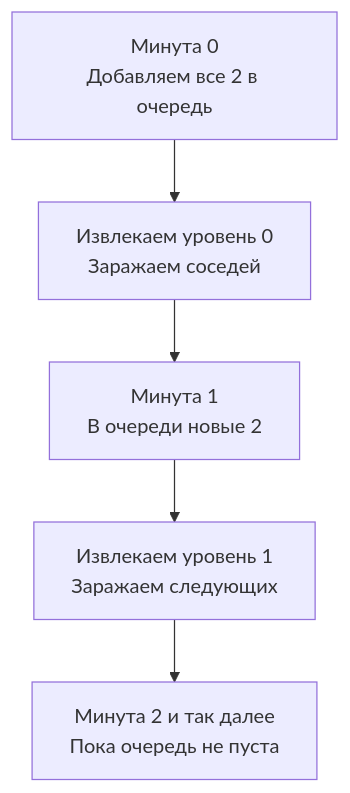
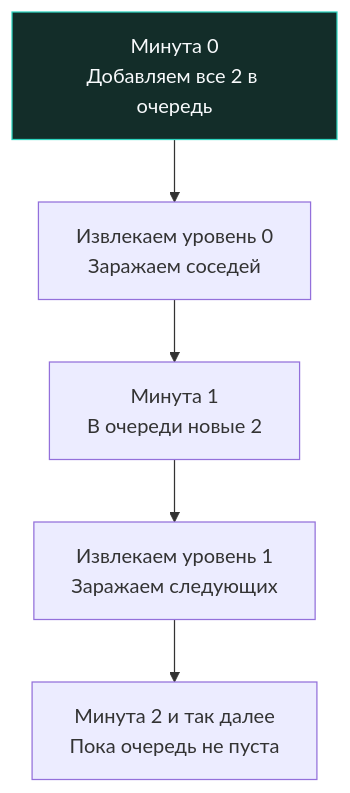
One commit to UnrealTemplier/go-textbook changed the diagram in sources/21. Задачи с LeetCode и собеседований на Go/02. Задачи/12. Поиск в ширину BFS/6. Rotting Oranges.md. Above: the diagram before and after it, drawn with Mermaid. The commit also changed 1666 other files, not shown here.

First line of the commit message:
feat(mermaid): add semantic color classDef to 1369 colorless flowchart/graph diagrams

````diff
--- a/sources/21. Задачи с LeetCode и собеседований на Go/02. Задачи/12. Поиск в ширину BFS/6. Rotting Oranges.md
+++ b/sources/21. Задачи с LeetCode и собеседований на Go/02. Задачи/12. Поиск в ширину BFS/6. Rotting Oranges.md
@@ -80,7 +80,17 @@
 ```mermaid
 flowchart TD
-    A["Минута 0<br>Добавляем все 2 в очередь"] --> B["Извлекаем уровень 0<br>Заражаем соседей"]
+    classDef process  fill:#1e293b,stroke:#38bdf8,stroke-width:1px,color:#f8fafc
+    classDef success  fill:#064e3b,stroke:#34d399,stroke-width:1px,color:#f8fafc
+    classDef error    fill:#7f1d1d,stroke:#f87171,stroke-width:1px,color:#f8fafc
+    classDef warning  fill:#78350f,stroke:#fbbf24,stroke-width:1px,color:#f8fafc
+    classDef entry    fill:#1e3a5f,stroke:#38bdf8,stroke-width:2px,color:#f8fafc
+    classDef aux      fill:#334155,stroke:#64748b,stroke-width:1px,color:#f8fafc
+    classDef system   fill:#312e81,stroke:#a78bfa,stroke-width:1px,color:#f8fafc
+    classDef data     fill:#132d29,stroke:#2dd4bf,stroke-width:1px,color:#f8fafc
+    classDef network  fill:#881337,stroke:#fb7185,stroke-width:1px,color:#f8fafc
+    classDef accent   fill:#1e1b4b,stroke:#818cf8,stroke-width:1px,color:#f8fafc
+    A["Минута 0<br>Добавляем все 2 в очередь"]:::data --> B["Извлекаем уровень 0<br>Заражаем соседей"]
     B --> C["Минута 1<br>В очереди новые 2"]
     C --> D["Извлекаем уровень 1<br>Заражаем следующих"]
     D --> E["Минута 2 и так далее<br>Пока очередь не пуста"]
 ```
````
